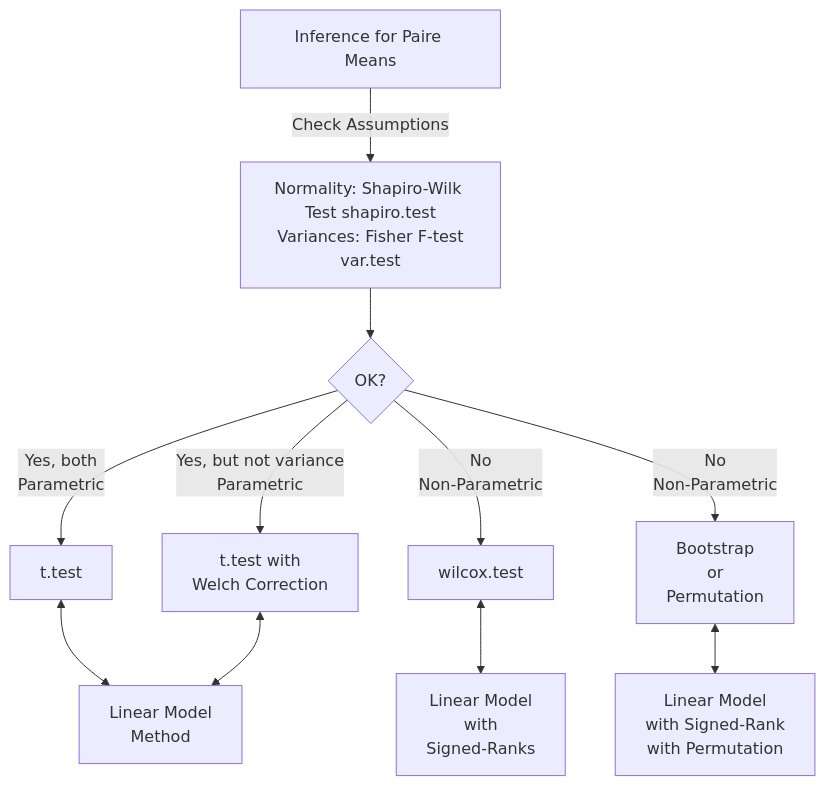
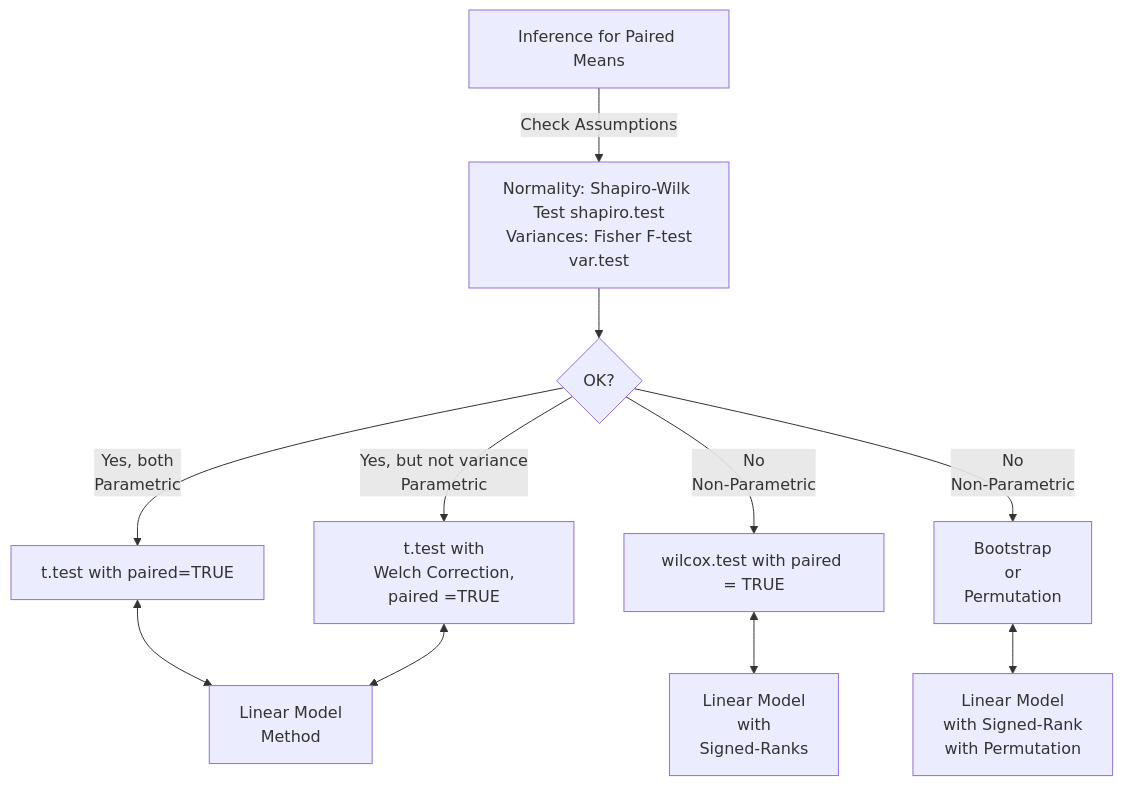
One commit to arvindvenkatadri/teachingtriz changed the diagram in content/courses/Analytics/Inference/Modules/120-PairedMeans/paired-means.qmd. Above: the diagram before and after it, drawn with Mermaid. The commit also changed other lines of this file and 1999 other files, not shown here.

````diff
--- a/content/courses/Analytics/Inference/Modules/120-PairedMeans/paired-means.qmd
+++ b/content/courses/Analytics/Inference/Modules/120-PairedMeans/paired-means.qmd
@@ -36,14 +48,14 @@
 ```{mermaid}
 flowchart TD
-    A[Inference for Paire Means] -->|Check Assumptions| B[Normality: Shapiro-Wilk Test shapiro.test\n Variances: Fisher F-test var.test]
+    A[Inference for Paired Means] -->|Check Assumptions| B[Normality: Shapiro-Wilk Test shapiro.test\n Variances: Fisher F-test var.test]
     B --> C{OK?}
-    C -->|Yes, both\n Parametric| D[t.test]
+    C -->|Yes, both\n Parametric| D[t.test with paired=TRUE]
     D <-->F[Linear Model\n Method] 
-    C -->|Yes, but not variance\n Parametric| W[t.test with\n Welch Correction]
+    C -->|Yes, but not variance\n Parametric| W[t.test with\n Welch Correction, paired =TRUE]
     W<-->F
-    C -->|No\n Non-Parametric| E[wilcox.test]
+    C -->|No\n Non-Parametric| E[wilcox.test with paired = TRUE]
     E <--> G[Linear Model\n with\n Signed-Ranks]
     C -->|No\n Non-Parametric| P[Bootstrap\n or\n Permutation]
     P <--> Q[Linear Model\n with Signed-Rank\n with Permutation]
  
 ```
````
